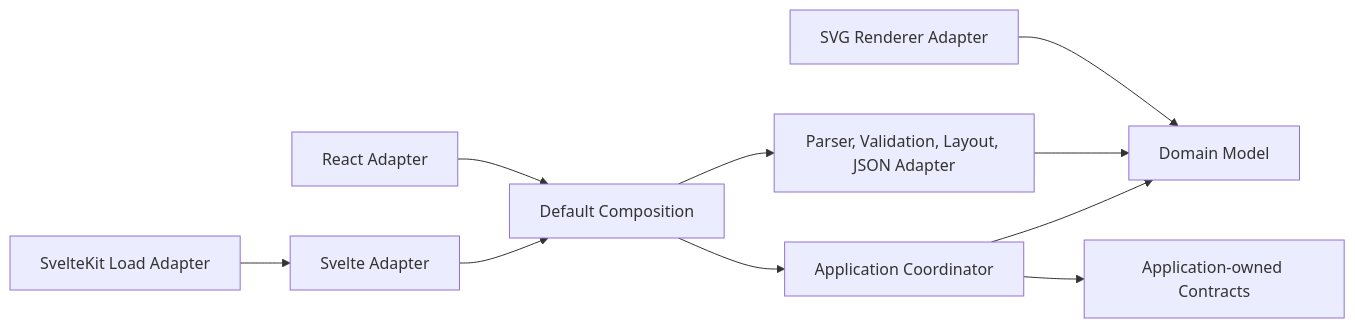
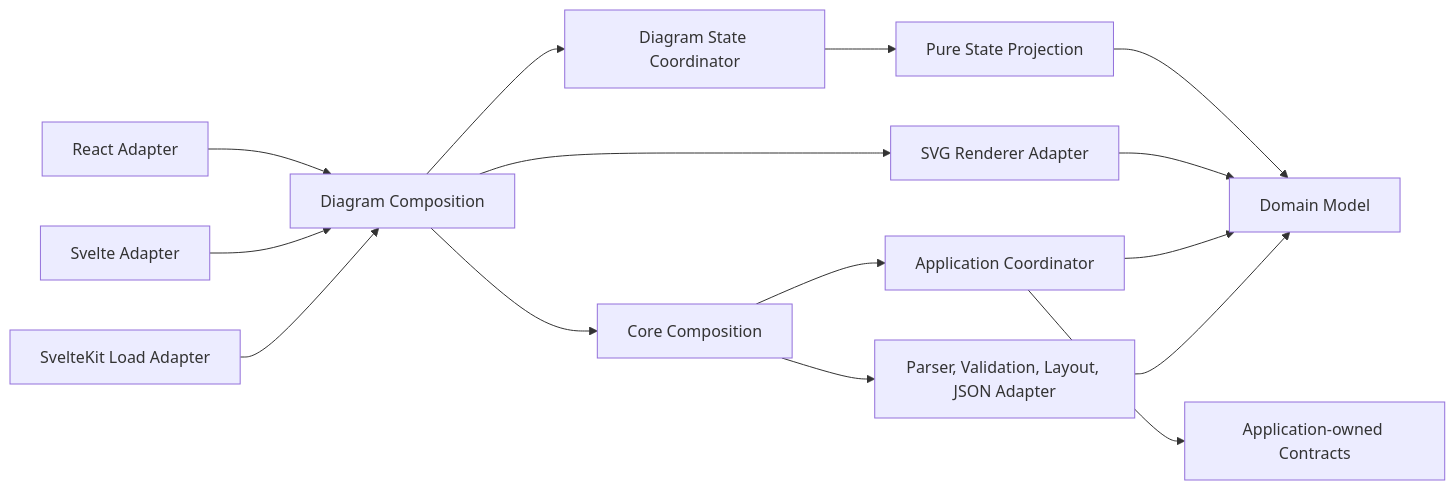
One commit to OneTesseractInMultiverse/vrl changed the first of 2 diagrams in docs/architecture.md. Above: the diagram before and after it, drawn with Mermaid. The commit also changed other lines of this file and 29 other files, not shown here.

Commit message:
Share diagram state across framework adapters

````diff
--- a/docs/architecture.md
+++ b/docs/architecture.md
@@ -5,12 +5,17 @@
 ```mermaid
 flowchart LR
-  React[React Adapter] --> Composition[Default Composition]
-  Svelte[Svelte Adapter] --> Composition
-  SvelteKit[SvelteKit Load Adapter] --> Svelte
+  React[React Adapter] --> DiagramComposition[Diagram Composition]
+  Svelte[Svelte Adapter] --> DiagramComposition
+  SvelteKit[SvelteKit Load Adapter] --> DiagramComposition
+  DiagramComposition --> DiagramApp[Diagram State Coordinator]
+  DiagramComposition --> SVG
+  DiagramComposition --> Composition[Core Composition]
+  DiagramApp --> Projection[Pure State Projection]
+  Projection --> Domain
   SVG[SVG Renderer Adapter] --> Domain[Domain Model]
   Composition --> App[Application Coordinator]
   Composition --> Implementations[Parser, Validation, Layout, JSON Adapter]
   App --> Ports[Application-owned Contracts]
   App --> Domain
   Implementations --> Domain
 ```
````
